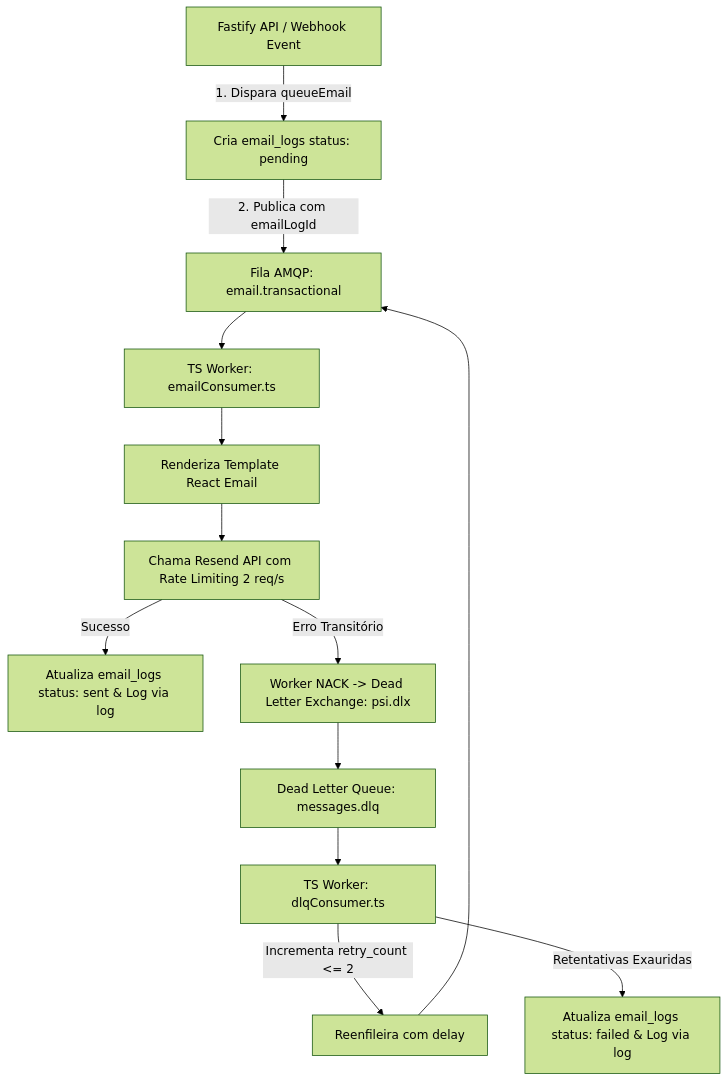
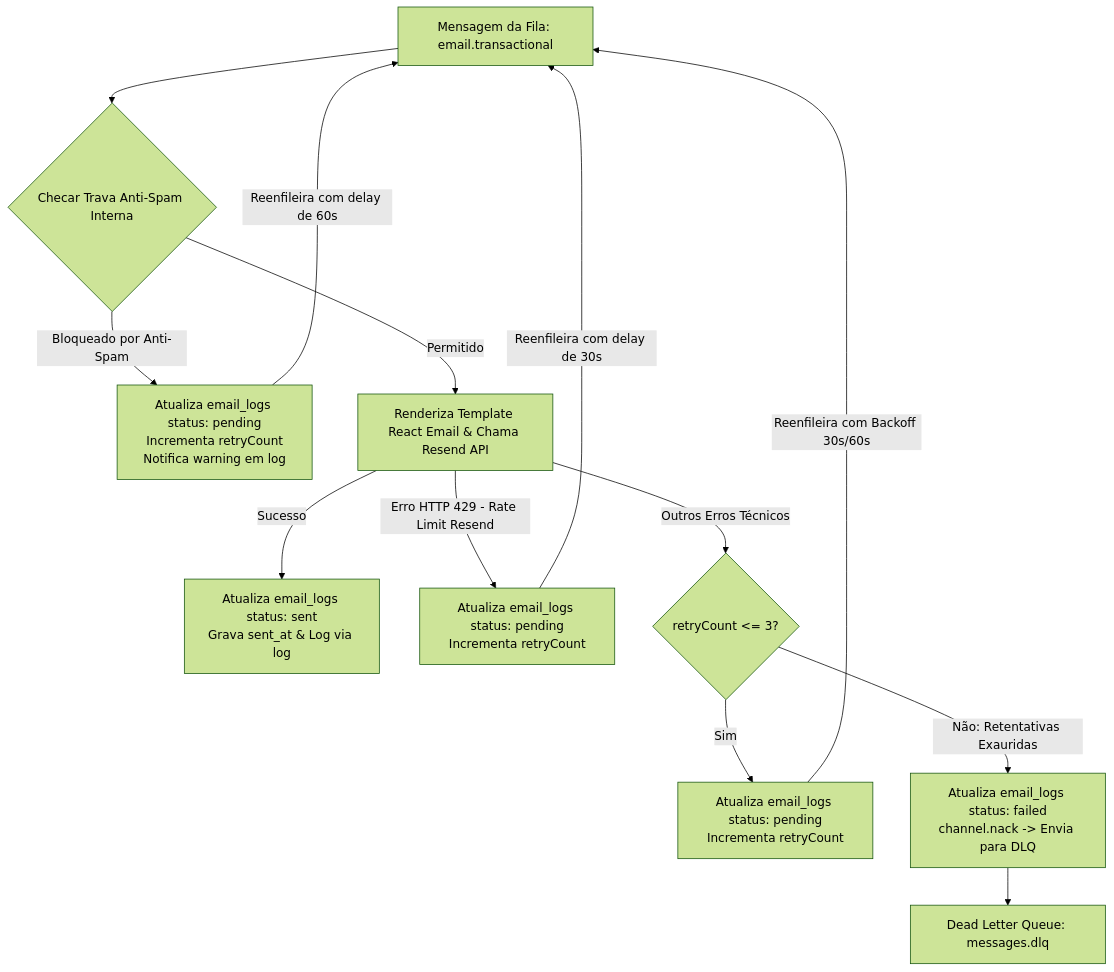
One commit to jssaugustho/psi-app changed the diagram in .agents/core/05_email_and_communications.md. Above: the diagram before and after it, drawn with Mermaid (forest theme). The commit also changed other lines of this file and 62 other files, not shown here.

````diff
--- a/.agents/core/05_email_and_communications.md
+++ b/.agents/core/05_email_and_communications.md
@@ -19,15 +35,21 @@
 ```mermaid
 graph TD
-    A[Fastify API / Webhook Event] -->|1. Dispara queueEmail| B[Cria email_logs status: pending]
-    B -->|2. Publica com emailLogId| C[Fila AMQP: email.transactional]
-    C --> D[TS Worker: emailConsumer.ts]
-    D --> E[Renderiza Template React Email]
-    E --> F[Chama Resend API com Rate Limiting 2 req/s]
-    F -->|Sucesso| G[Atualiza email_logs status: sent & Log via log]
-    F -->|Erro Transitório| H[Worker NACK -> Dead Letter Exchange: psi.dlx]
-    H --> I[Dead Letter Queue: messages.dlq]
-    I --> J[TS Worker: dlqConsumer.ts]
-    J -->|Incrementa retry_count <= 2| K[Reenfileira com delay]
-    K --> C
-    J -->|Retentativas Exauridas| L[Atualiza email_logs status: failed & Log via log]
+    A[Mensagem da Fila: email.transactional] --> B{Checar Trava Anti-Spam Interna}
+    
+    B -->|Bloqueado por Anti-Spam| C[Atualiza email_logs status: pending\nIncrementa retryCount\nNotifica warning em log]
+    C -->|Reenfileira com delay de 60s| A
+    
+    B -->|Permitido| D[Renderiza Template React Email & Chama Resend API]
+    
+    D -->|Sucesso| E[Atualiza email_logs status: sent\nGrava sent_at & Log via log]
+    
+    D -->|Erro HTTP 429 - Rate Limit Resend| F[Atualiza email_logs status: pending\nIncrementa retryCount]
+    F -->|Reenfileira com delay de 30s| A
+    
+    D -->|Outros Erros Técnicos| G{retryCount <= 3?}
+    G -->|Sim| H[Atualiza email_logs status: pending\nIncrementa retryCount]
+    H -->|Reenfileira com Backoff 30s/60s| A
+    
+    G -->|Não: Retentativas Exauridas| I[Atualiza email_logs status: failed\nchannel.nack -> Envia para DLQ]
+    I --> J[Dead Letter Queue: messages.dlq]
 ```
````
